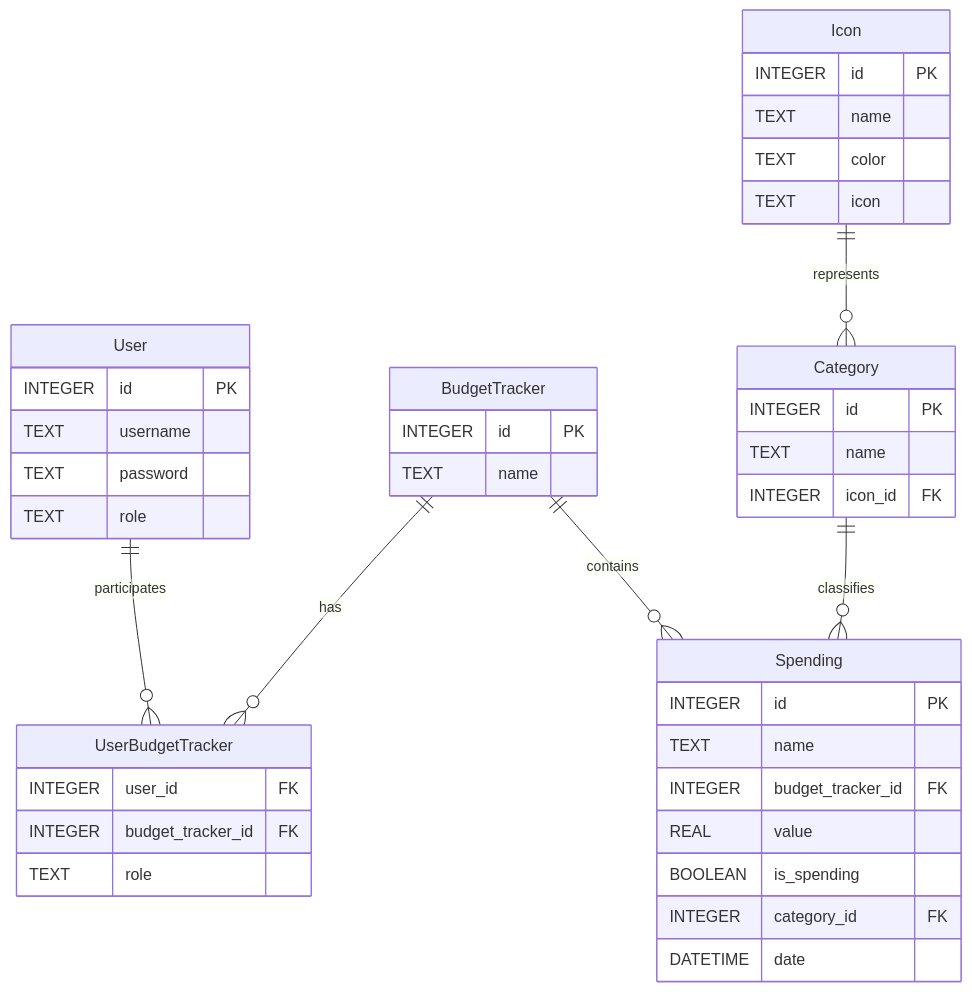
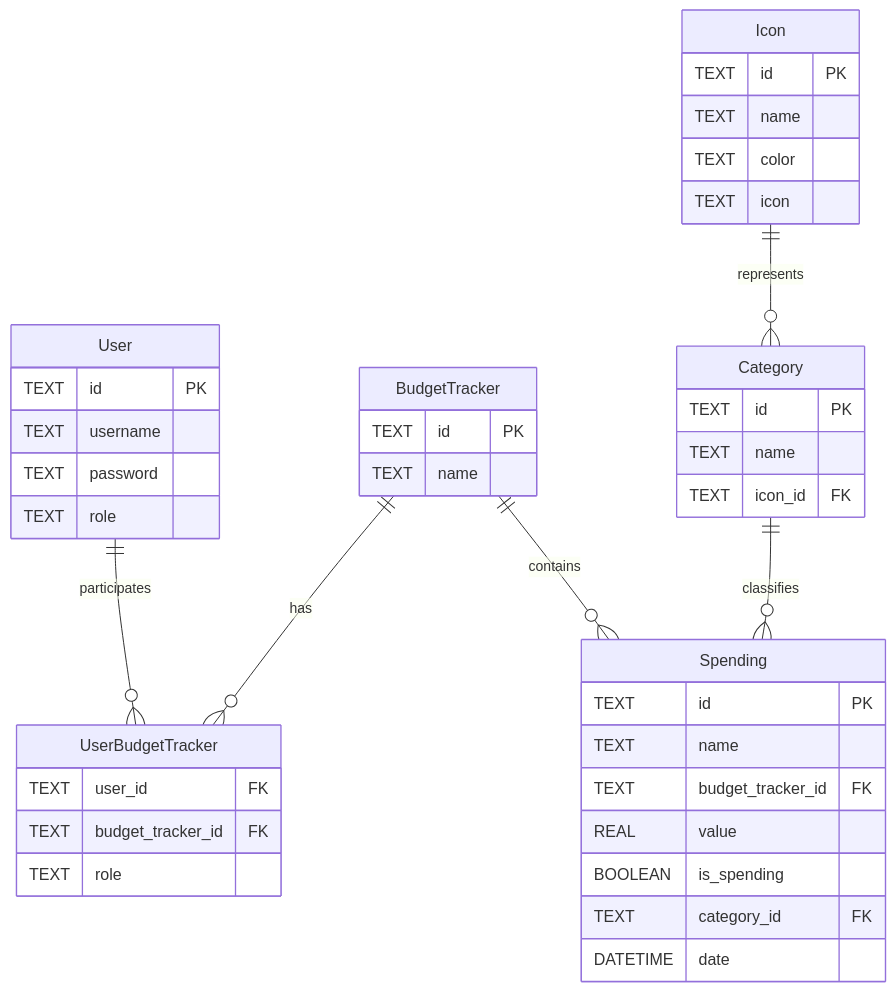
One commit to EDM115/spendly changed the diagram in README.md. Above: the diagram before and after it, drawn with Mermaid. The commit also changed other lines of this file and 26 other files, not shown here.

````diff
--- a/README.md
+++ b/README.md
@@ -6,49 +6,49 @@
 ```mermaid
 erDiagram
   User {
-    INTEGER id PK
+    TEXT id PK
     TEXT username
     TEXT password
     TEXT role
   }
 
   Icon {
-    INTEGER id PK
+    TEXT id PK
     TEXT name
     TEXT color
     TEXT icon
   }
 
   BudgetTracker {
-    INTEGER id PK
+    TEXT id PK
     TEXT name
   }
 
   UserBudgetTracker {
-    INTEGER user_id FK
-    INTEGER budget_tracker_id FK
+    TEXT user_id FK
+    TEXT budget_tracker_id FK
     TEXT role
   }
 
   Category {
-    INTEGER id PK
+    TEXT id PK
     TEXT name
-    INTEGER icon_id FK
+    TEXT icon_id FK
   }
 
   Spending {
-    INTEGER id PK
+    TEXT id PK
     TEXT name
-    INTEGER budget_tracker_id FK
+    TEXT budget_tracker_id FK
     REAL value
     BOOLEAN is_spending
-    INTEGER category_id FK
+    TEXT category_id FK
     DATETIME date
   }
 
   User ||--o{ UserBudgetTracker : participates
   BudgetTracker ||--o{ UserBudgetTracker : has
   BudgetTracker ||--o{ Spending : contains
   Category ||--o{ Spending : classifies
   Icon ||--o{ Category : represents
 ```
````
